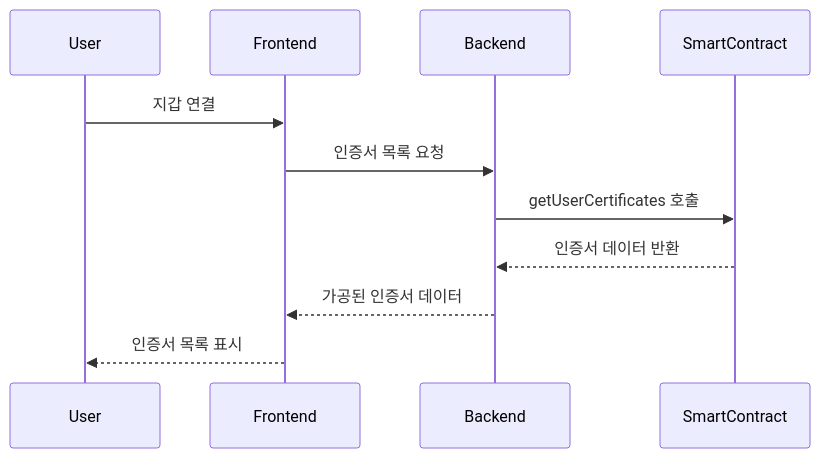
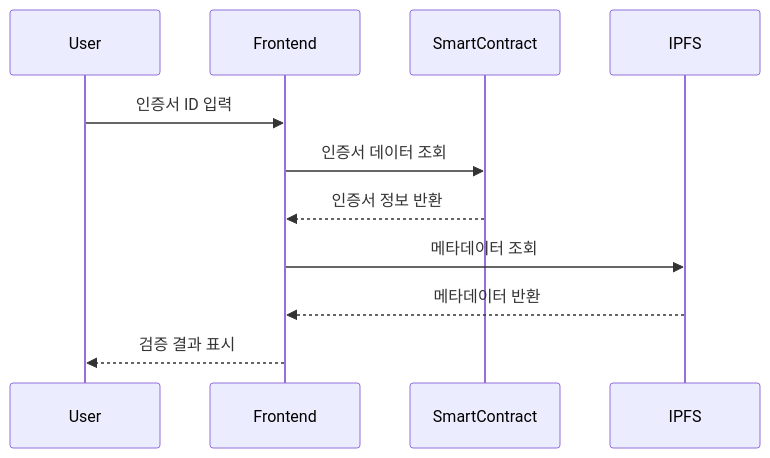
One commit to kmsk99/ilovecert changed the third of 3 diagrams in ARCHITECTURE.md. Above: the diagram before and after it, drawn with Mermaid. The commit also changed other lines of this file and 1 other file, not shown here.

First line of the commit message:
docs(architecture): 아키텍처 문서 개선 및 README 상세화

````diff
--- a/ARCHITECTURE.md
+++ b/ARCHITECTURE.md
@@ -70,14 +74,14 @@
 ```mermaid
 sequenceDiagram
     participant User
     participant Frontend
-    participant Backend
     participant SmartContract
+    participant IPFS
     
-    User->>Frontend: 지갑 연결
-    Frontend->>Backend: 인증서 목록 요청
-    Backend->>SmartContract: getUserCertificates 호출
-    SmartContract-->>Backend: 인증서 데이터 반환
-    Backend-->>Frontend: 가공된 인증서 데이터
-    Frontend-->>User: 인증서 목록 표시
+    User->>Frontend: 인증서 ID 입력
+    Frontend->>SmartContract: 인증서 데이터 조회
+    SmartContract-->>Frontend: 인증서 정보 반환
+    Frontend->>IPFS: 메타데이터 조회
+    IPFS-->>Frontend: 메타데이터 반환
+    Frontend-->>User: 검증 결과 표시
 ```
````
